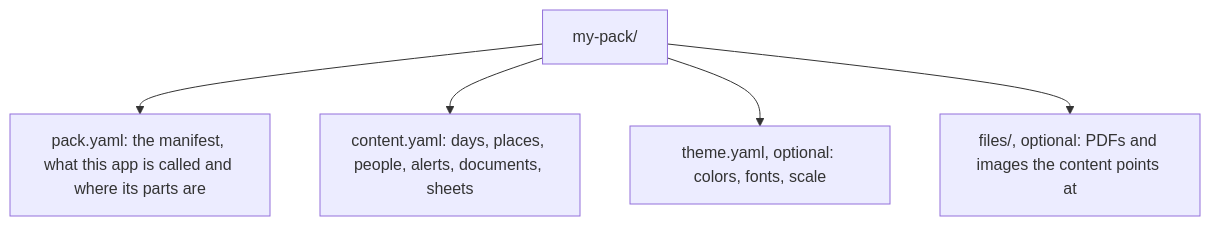
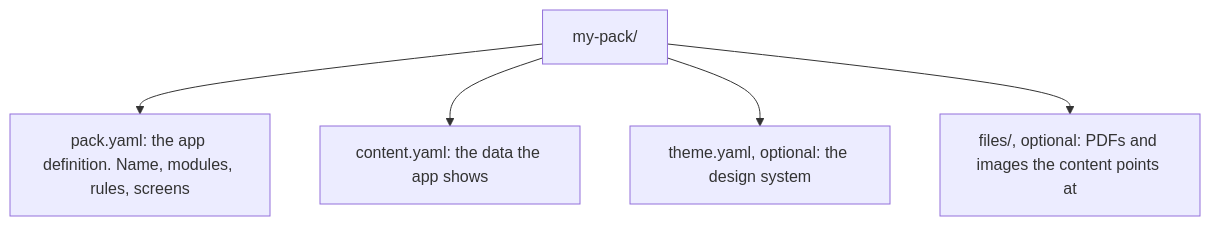
One commit to sirgrimorum/deskpress changed the diagram in docs/pack-format.md. Above: the diagram before and after it, drawn with Mermaid. The commit also changed other lines of this file and 5 other files, not shown here.

````diff
--- a/docs/pack-format.md
+++ b/docs/pack-format.md
@@ -5,7 +6,7 @@
 ```mermaid
 flowchart TD
-  root["my-pack/"] --> manifest["pack.yaml: the manifest, what this app is called and where its parts are"]
-  root --> content["content.yaml: days, places, people, alerts, documents, sheets"]
-  root --> theme["theme.yaml, optional: colors, fonts, scale"]
+  root["my-pack/"] --> manifest["pack.yaml: the app definition. Name, modules, rules, screens"]
+  root --> content["content.yaml: the data the app shows"]
+  root --> theme["theme.yaml, optional: the design system"]
   root --> files["files/, optional: PDFs and images the content points at"]
 ```
````
